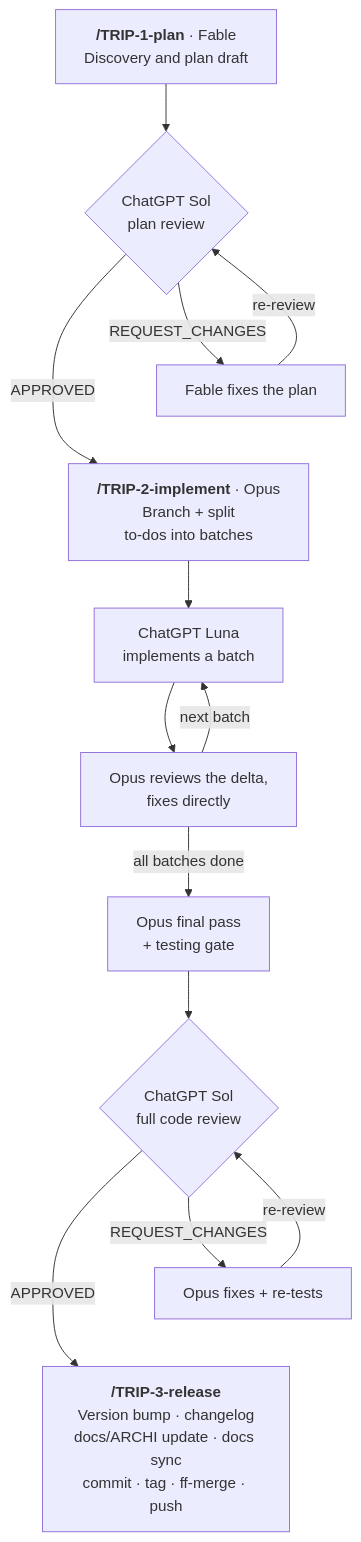
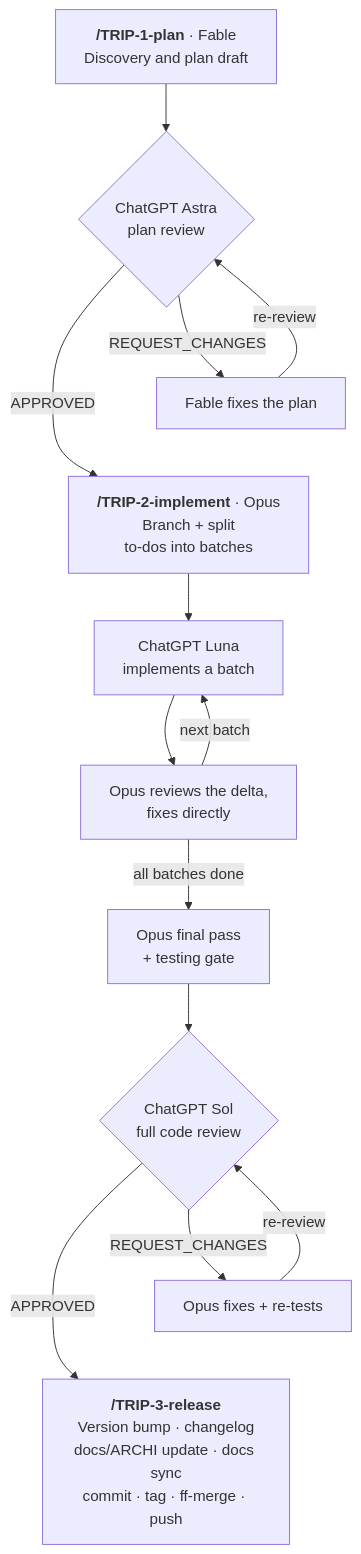
Before and after one commit to PiLastDigit/TRIP-workflow: the diagram in README.md, drawn with Mermaid. The commit also changed other lines of this file and 15 other files, not shown here.

Commit message:
release: v2.8.2 — Codex on GPT-6: Astra for plan review + codex-ask (xhigh), Sol for code review (xhigh, fast tier), Luna for implementation (high, fast); per-skill defaults in _common.sh; requires Codex CLI ≥ 0.156

````diff
--- a/README.md
+++ b/README.md
@@ -154,17 +154,17 @@
 ```mermaid
 flowchart TD
-    A["<b>/TRIP-1-plan</b> · Fable<br/>Discovery and plan draft"] --> B{"ChatGPT Sol<br/>plan review"}
+    A["<b>/TRIP-1-plan</b> · Fable<br/>Discovery and plan draft"] --> B{"ChatGPT Astra<br/>plan review"}
     B -->|"REQUEST_CHANGES"| Bf["Fable fixes the plan"]
     Bf -->|"re-review"| B
     B -->|"APPROVED"| D["<b>/TRIP-2-implement</b> · Opus<br/>Branch + split<br/>to-dos into batches"]
     Bf ~~~ D
     D --> E["ChatGPT Luna<br/>implements a batch"]
     E --> F["Opus reviews the delta,<br/>fixes directly"]
     F -->|"next batch"| E
     F -->|"all batches done"| G["Opus final pass<br/>+ testing gate"]
     G --> H{"ChatGPT Sol<br/>full code review"}
     H -->|"REQUEST_CHANGES"| Hf["Opus fixes + re-tests"]
     Hf -->|"re-review"| H
     H -->|"APPROVED"| K["<b>/TRIP-3-release</b><br/>Version bump · changelog<br/>docs/ARCHI update · docs sync<br/>commit · tag · ff-merge · push"]
     Hf ~~~ K
 ```
````
